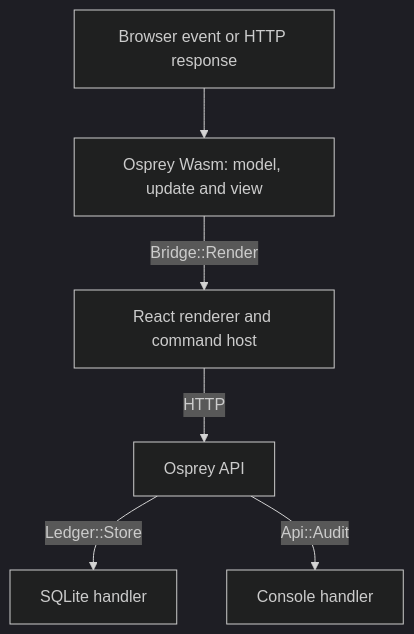
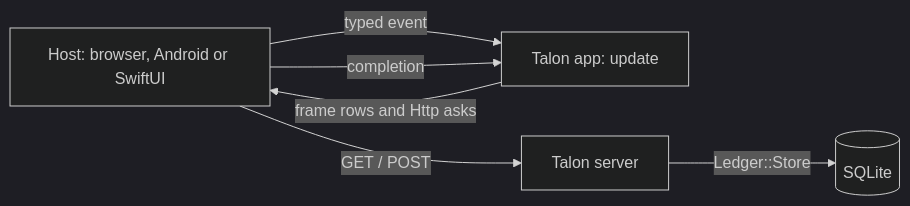
Before and after one commit to Nimblesite/osprey: the diagram in src/osprey/examples/projects/modules/README.md, drawn with Mermaid (dark theme). The commit also changed other lines of this file and 115 other files, not shown here.

Commit message:
refactor(talon)!: delete the bespoke Talon clients (the React renderer, the Swift and Kotlin apps and the string-envelope Osprey client); the one Native app replaces them. CI, dependabot and docs follow, and the web-apps guide teaches the one-source app with fresh captures

````diff
--- a/src/osprey/examples/projects/modules/README.md
+++ b/src/osprey/examples/projects/modules/README.md
@@ -58,8 +31,8 @@
 ```mermaid
-flowchart TD
-    event[Browser event or HTTP response] --> app[Osprey Wasm: model, update and view]
-    app -->|Bridge::Render| host[React renderer and command host]
-    host -->|HTTP| api[Osprey API]
-    api -->|Ledger::Store| storage[SQLite handler]
-    api -->|Api::Audit| audit[Console handler]
+flowchart LR
+    host[Host: browser, Android or SwiftUI] -->|typed event| app[Talon app: update]
+    app -->|frame rows and Http asks| host
+    host -->|GET / POST| api[Talon server]
+    api -->|Ledger::Store| db[(SQLite)]
+    host -->|completion| app
 ```
````
